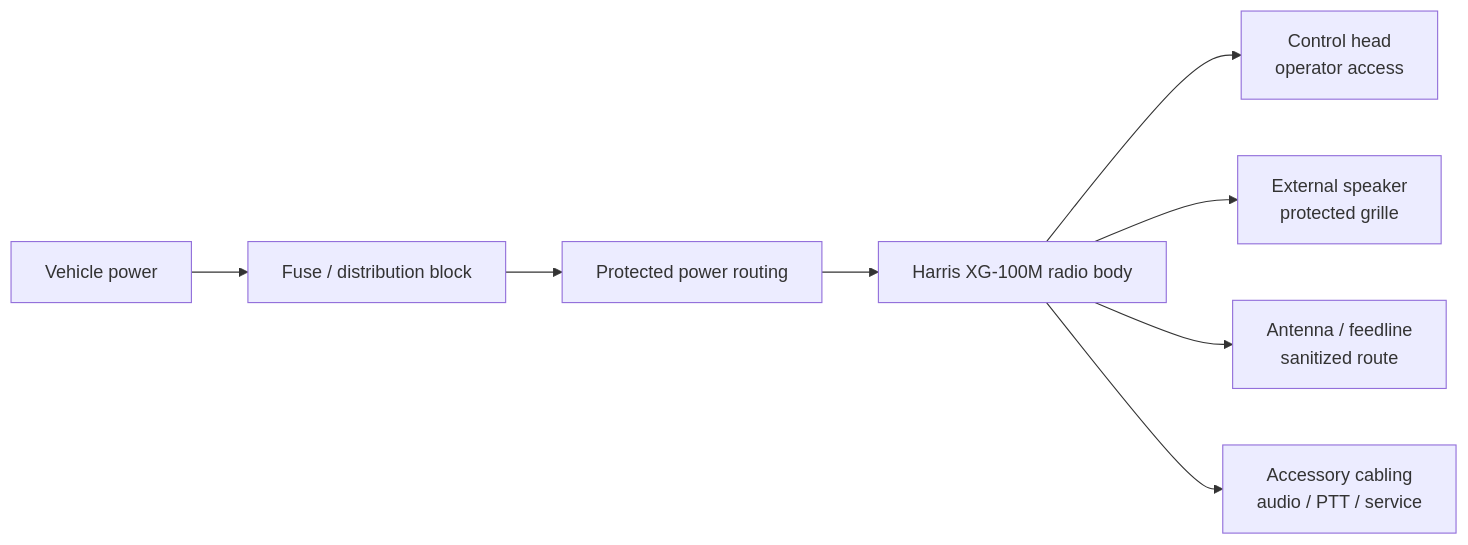
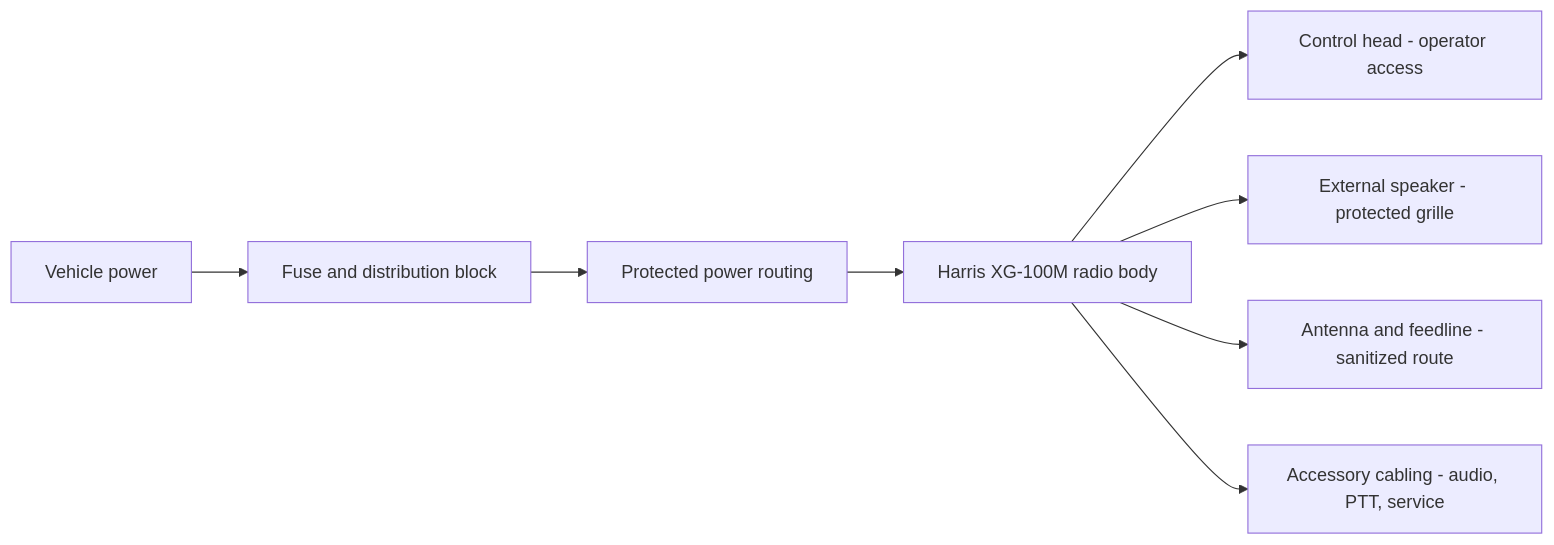
The diagram in README.md (jjudge213/harris-xg100m-vehicle-integration), drawn with Mermaid before and after one commit. The commit also changed other lines of this file, not shown here.

Commit message:
Remove Harris diagram heading

````diff
--- a/README.md
+++ b/README.md
@@ -7,10 +5,10 @@
 ```mermaid
 flowchart LR
-    battery[Vehicle power] --> fuseBlock[Fuse / distribution block]
-    fuseBlock --> route[Protected power routing]
-    route --> radioBody[Harris XG-100M radio body]
-    radioBody --> controlHead[Control head<br/>operator access]
-    radioBody --> speaker[External speaker<br/>protected grille]
-    radioBody --> antenna[Antenna / feedline<br/>sanitized route]
-    radioBody --> accessory[Accessory cabling<br/>audio / PTT / service]
+    battery["Vehicle power"] --> fuseBlock["Fuse and distribution block"]
+    fuseBlock --> route["Protected power routing"]
+    route --> radioBody["Harris XG-100M radio body"]
+    radioBody --> controlHead["Control head - operator access"]
+    radioBody --> speaker["External speaker - protected grille"]
+    radioBody --> antenna["Antenna and feedline - sanitized route"]
+    radioBody --> accessory["Accessory cabling - audio, PTT, service"]
 ```
````
